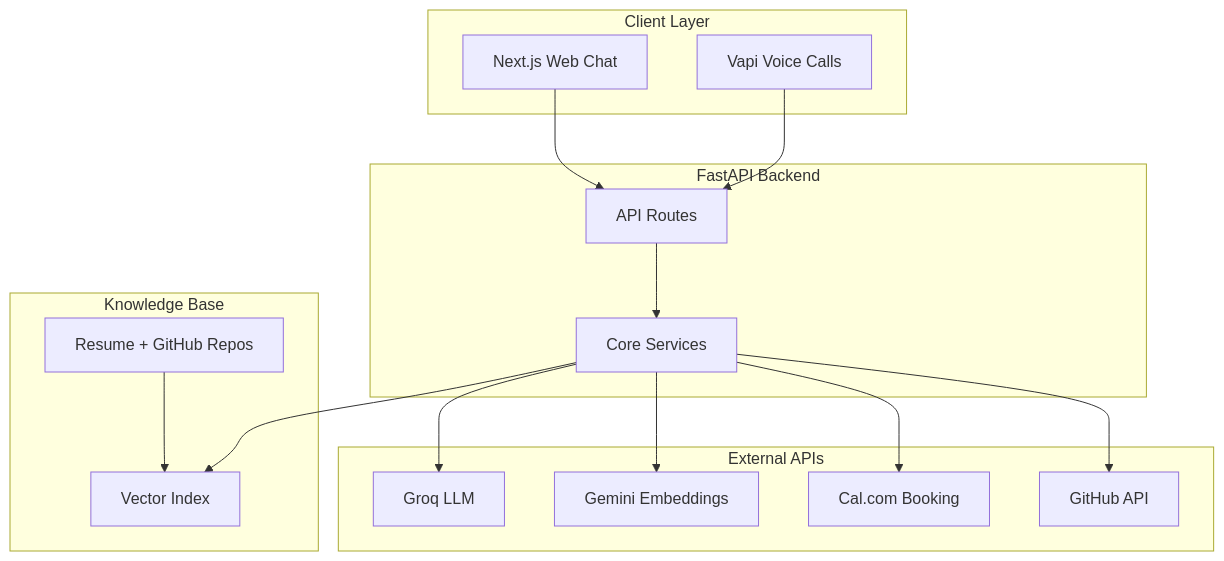
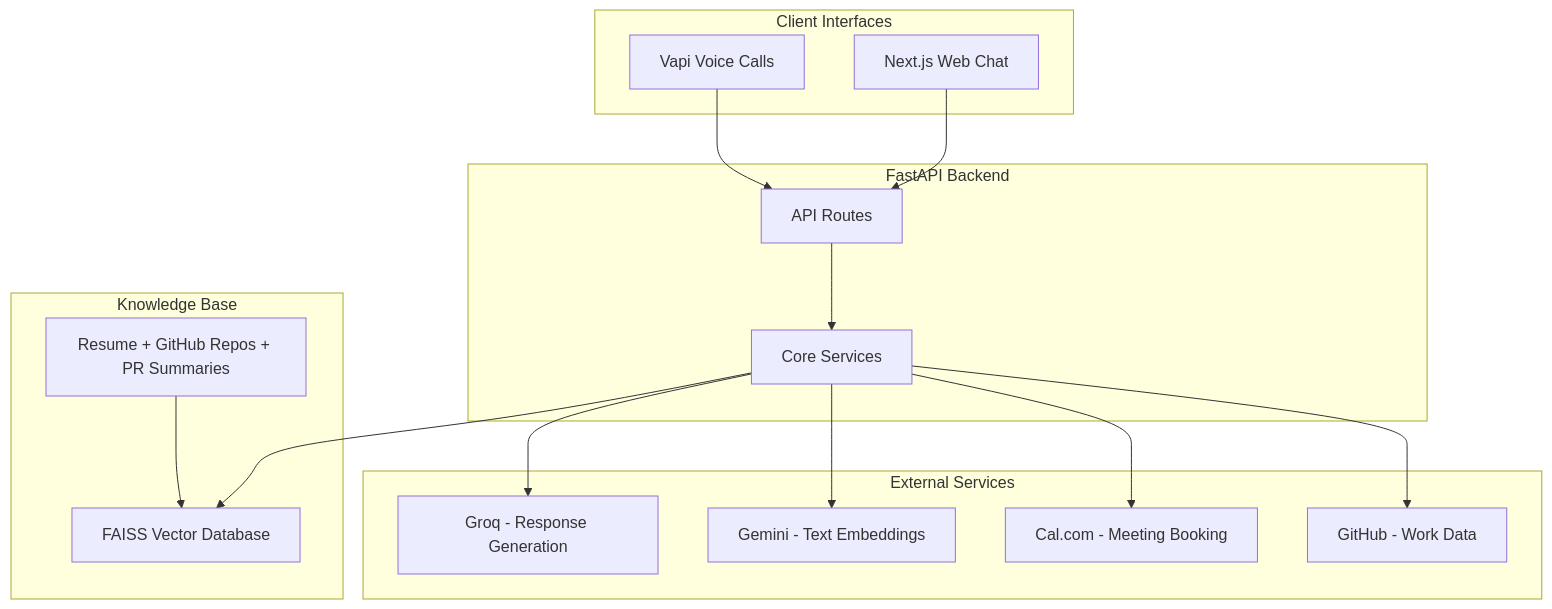
One commit to AshwinSaklecha/AI-Persona changed the first of 5 diagrams in docs/architecture.md. Above: the diagram before and after it, drawn with Mermaid. The commit also changed other lines of this file, not shown here.

````diff
--- a/docs/architecture.md
+++ b/docs/architecture.md
@@ -7,34 +11,34 @@
 ```mermaid
 flowchart TB
-    subgraph "Client Layer"
+    subgraph "Client Interfaces"
         WEB[Next.js Web Chat]
         PHONE[Vapi Voice Calls]
     end
     
     subgraph "FastAPI Backend"
         ROUTES[API Routes]
         SERVICES[Core Services]
     end
     
-    subgraph "Knowledge Base"
-        SOURCES[Resume + GitHub Repos]
-        FAISS[Vector Index]
+    subgraph "External Services"
+        GROQ[Groq - Response Generation]
+        GEMINI[Gemini - Text Embeddings]
+        CAL[Cal.com - Meeting Booking]
+        GITHUB[GitHub - Work Data]
     end
     
-    subgraph "External APIs"
-        GROQ[Groq LLM]
-        GEMINI[Gemini Embeddings]
-        CAL[Cal.com Booking]
-        GITHUB[GitHub API]
+    subgraph "Knowledge Base"
+        SOURCES[Resume + GitHub Repos + PR Summaries]
+        FAISS[FAISS Vector Database]
     end
     
     WEB --> ROUTES
     PHONE --> ROUTES
     ROUTES --> SERVICES
-    SERVICES --> FAISS
     SERVICES --> GROQ
     SERVICES --> GEMINI
     SERVICES --> CAL
     SERVICES --> GITHUB
+    SERVICES --> FAISS
     SOURCES --> FAISS
 ```
````
